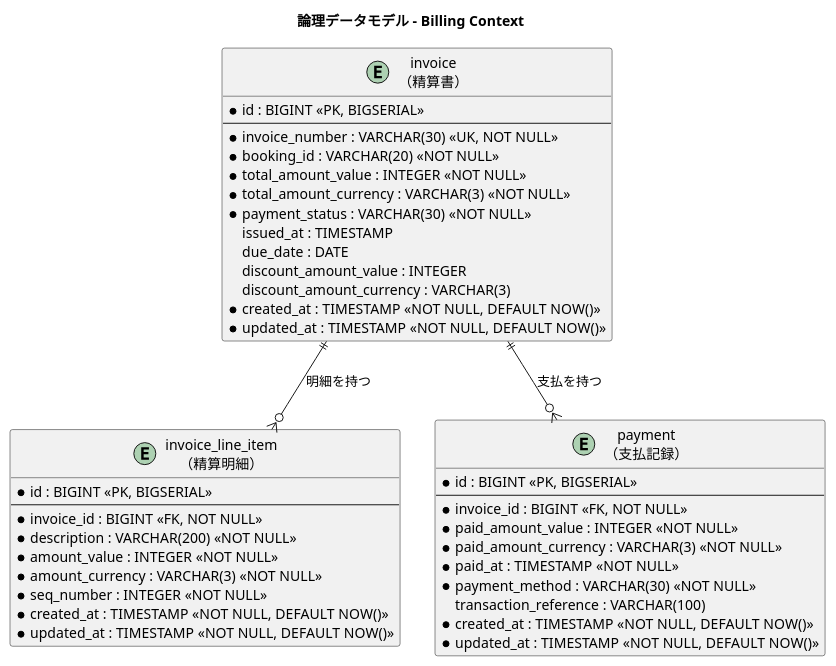
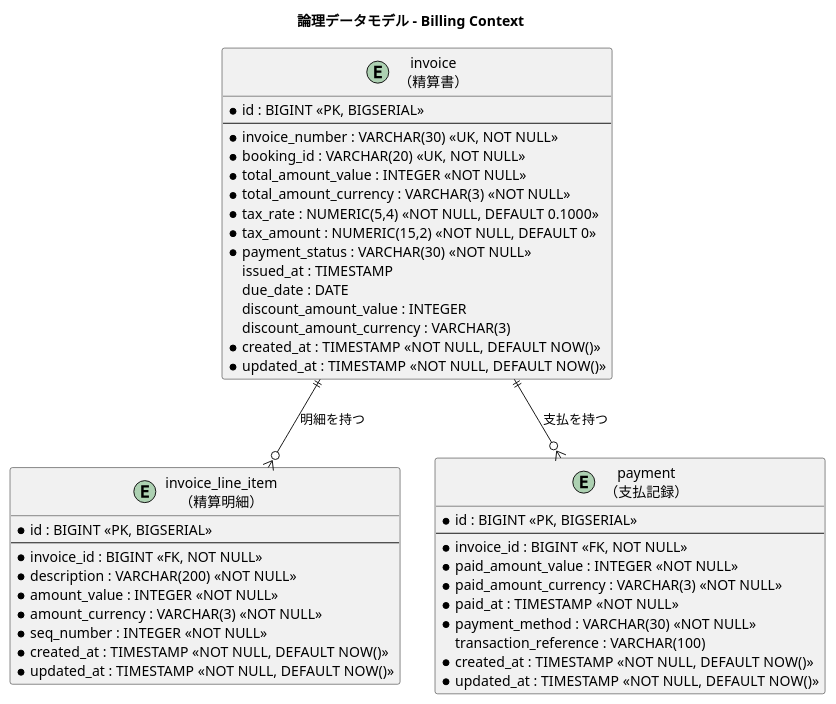
The seventh of 8 diagrams in docs/design/data-model.md (k2works/case-study-cargo-tracker), drawn with PlantUML before and after one commit. The commit also changed other lines of this file, not shown here.

````diff
--- a/docs/design/data-model.md
+++ b/docs/design/data-model.md
@@ -419,50 +475,52 @@
 ```plantuml
 @startuml
 title 論理データモデル - Billing Context
 
 entity "invoice\n（精算書）" as invoice {
   * id : BIGINT <<PK, BIGSERIAL>>
   --
   * invoice_number : VARCHAR(30) <<UK, NOT NULL>>
-  * booking_id : VARCHAR(20) <<NOT NULL>>
+  * booking_id : VARCHAR(20) <<UK, NOT NULL>>
   * total_amount_value : INTEGER <<NOT NULL>>
   * total_amount_currency : VARCHAR(3) <<NOT NULL>>
+  * tax_rate : NUMERIC(5,4) <<NOT NULL, DEFAULT 0.1000>>
+  * tax_amount : NUMERIC(15,2) <<NOT NULL, DEFAULT 0>>
   * payment_status : VARCHAR(30) <<NOT NULL>>
   issued_at : TIMESTAMP
   due_date : DATE
   discount_amount_value : INTEGER
   discount_amount_currency : VARCHAR(3)
   * created_at : TIMESTAMP <<NOT NULL, DEFAULT NOW()>>
   * updated_at : TIMESTAMP <<NOT NULL, DEFAULT NOW()>>
 }
 
 entity "invoice_line_item\n（精算明細）" as invoice_line_item {
   * id : BIGINT <<PK, BIGSERIAL>>
   --
   * invoice_id : BIGINT <<FK, NOT NULL>>
   * description : VARCHAR(200) <<NOT NULL>>
   * amount_value : INTEGER <<NOT NULL>>
   * amount_currency : VARCHAR(3) <<NOT NULL>>
   * seq_number : INTEGER <<NOT NULL>>
   * created_at : TIMESTAMP <<NOT NULL, DEFAULT NOW()>>
   * updated_at : TIMESTAMP <<NOT NULL, DEFAULT NOW()>>
 }
 
 entity "payment\n（支払記録）" as payment {
   * id : BIGINT <<PK, BIGSERIAL>>
   --
   * invoice_id : BIGINT <<FK, NOT NULL>>
   * paid_amount_value : INTEGER <<NOT NULL>>
   * paid_amount_currency : VARCHAR(3) <<NOT NULL>>
   * paid_at : TIMESTAMP <<NOT NULL>>
   * payment_method : VARCHAR(30) <<NOT NULL>>
   transaction_reference : VARCHAR(100)
   * created_at : TIMESTAMP <<NOT NULL, DEFAULT NOW()>>
   * updated_at : TIMESTAMP <<NOT NULL, DEFAULT NOW()>>
 }
 
 invoice ||--o{ invoice_line_item : "明細を持つ"
 invoice ||--o{ payment : "支払を持つ"
 
 @enduml
 ```
````
